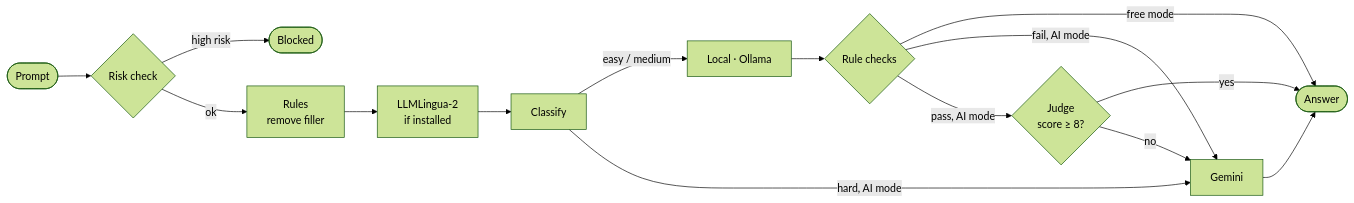
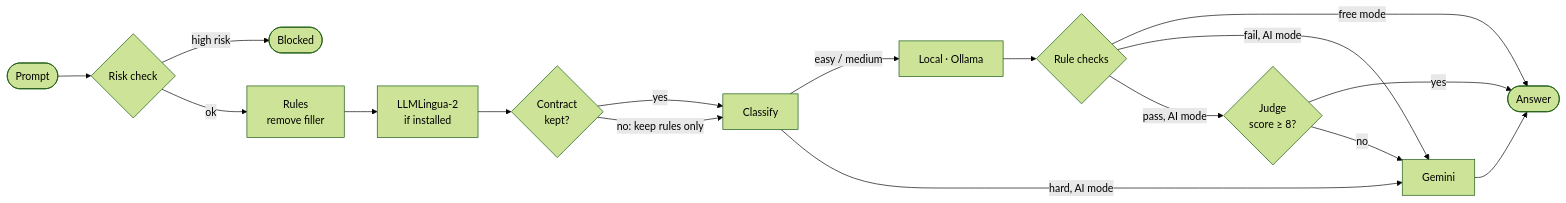
The diagram in README.md (inslot2525-ctrl/Tokeniser), drawn with Mermaid (forest theme) before and after one commit. The commit also changed other lines of this file and 15 other files, not shown here.

````diff
--- a/README.md
+++ b/README.md
@@ -57,17 +58,19 @@
 ```mermaid
 flowchart LR
     P([Prompt]) --> R{Risk check}
     R -- high risk --> B([Blocked])
     R -- ok --> CR[Rules<br>remove filler]
     CR --> CL[LLMLingua-2<br>if installed]
-    CL --> C[Classify]
+    CL --> V{Contract<br>kept?}
+    V -- yes --> C[Classify]
+    V -- "no: keep rules only" --> C
     C -- easy / medium --> L[Local · Ollama]
     C -- hard, AI mode --> G[Gemini]
     L --> K{Rule checks}
     K -- free mode --> O([Answer])
     K -- fail, AI mode --> G
     K -- pass, AI mode --> J{Judge<br>score ≥ 8?}
     J -- yes --> O
     J -- no --> G
     G --> O
 ```
````
